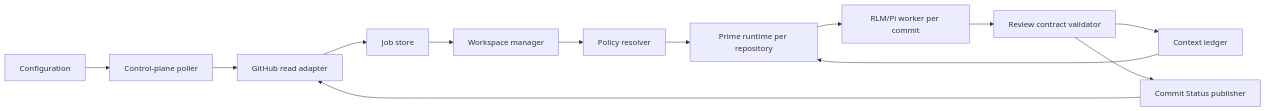
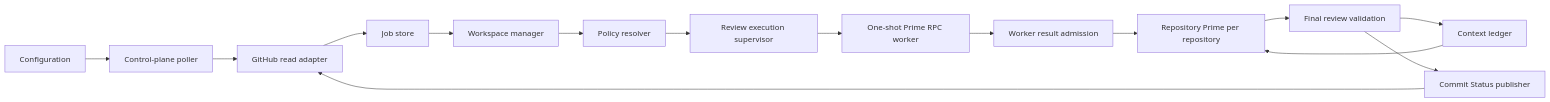
One commit to clingto7/BigBrother changed the diagram in docs/architecture.md. Above: the diagram before and after it, drawn with Mermaid. The commit also changed other lines of this file and 29 other files, not shown here.

````diff
--- a/docs/architecture.md
+++ b/docs/architecture.md
@@ -278,15 +288,17 @@
 ```mermaid
 flowchart LR
   C[Configuration] --> P[Control-plane poller]
   P --> G[GitHub read adapter]
   G --> J[Job store]
   J --> W[Workspace manager]
   W --> R[Policy resolver]
-  R --> X[Prime runtime per repository]
-  X --> K[RLM/Pi worker per commit]
-  K --> V[Review contract validator]
-  V --> L[Context ledger]
-  V --> U[Commit Status publisher]
+  R --> E[Review execution supervisor]
+  E --> K[One-shot Prime RPC worker]
+  K --> V[Worker result admission]
+  V --> X[Repository Prime per repository]
+  X --> Q[Final review validation]
+  Q --> L[Context ledger]
+  Q --> U[Commit Status publisher]
   U --> G
   L --> X
 ```
````
